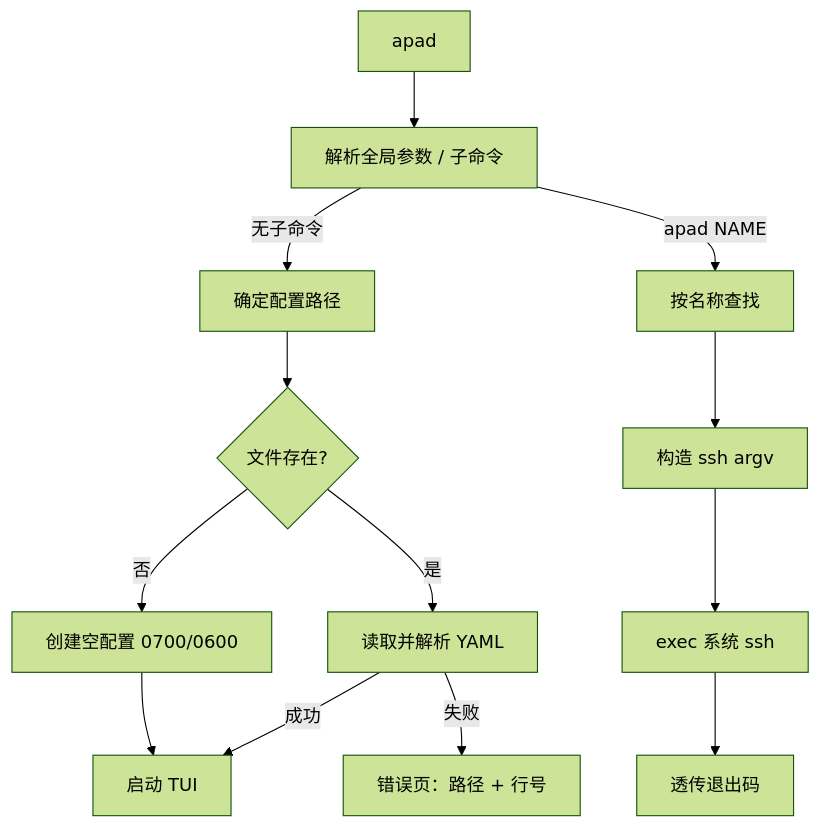
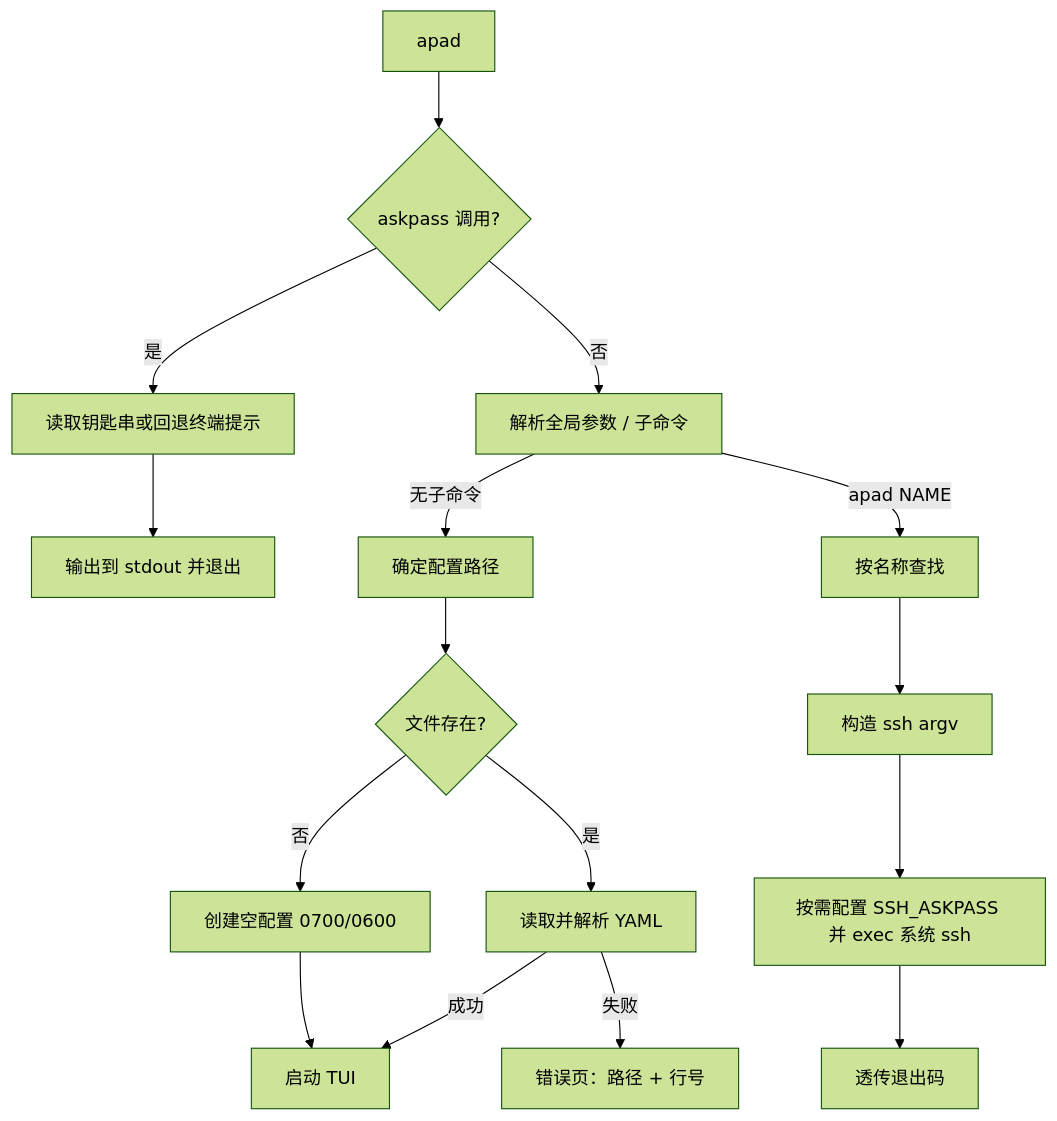
The first of 3 diagrams in docs/architecture.md (Chen-Christins/AddressPad), drawn with Mermaid (forest theme) before and after one commit. The commit also changed other lines of this file and 32 other files, not shown here.

````diff
--- a/docs/architecture.md
+++ b/docs/architecture.md
@@ -68,15 +78,18 @@
 ```mermaid
 flowchart TD
-    A[apad] --> B[解析全局参数 / 子命令]
+    A[apad] --> Q{askpass 调用?}
+    Q -->|是| R[读取钥匙串或回退终端提示]
+    R --> Z[输出到 stdout 并退出]
+    Q -->|否| B[解析全局参数 / 子命令]
     B -->|无子命令| C[确定配置路径]
     B -->|apad NAME| H[按名称查找]
     C --> D{文件存在?}
     D -->|否| E[创建空配置 0700/0600]
     D -->|是| F[读取并解析 YAML]
     E --> G[启动 TUI]
     F -->|成功| G
     F -->|失败| X[错误页：路径 + 行号]
     H --> I[构造 ssh argv]
-    I --> J[exec 系统 ssh]
+    I --> J[按需配置 SSH_ASKPASS 并 exec 系统 ssh]
     J --> K[透传退出码]
 ```
````
